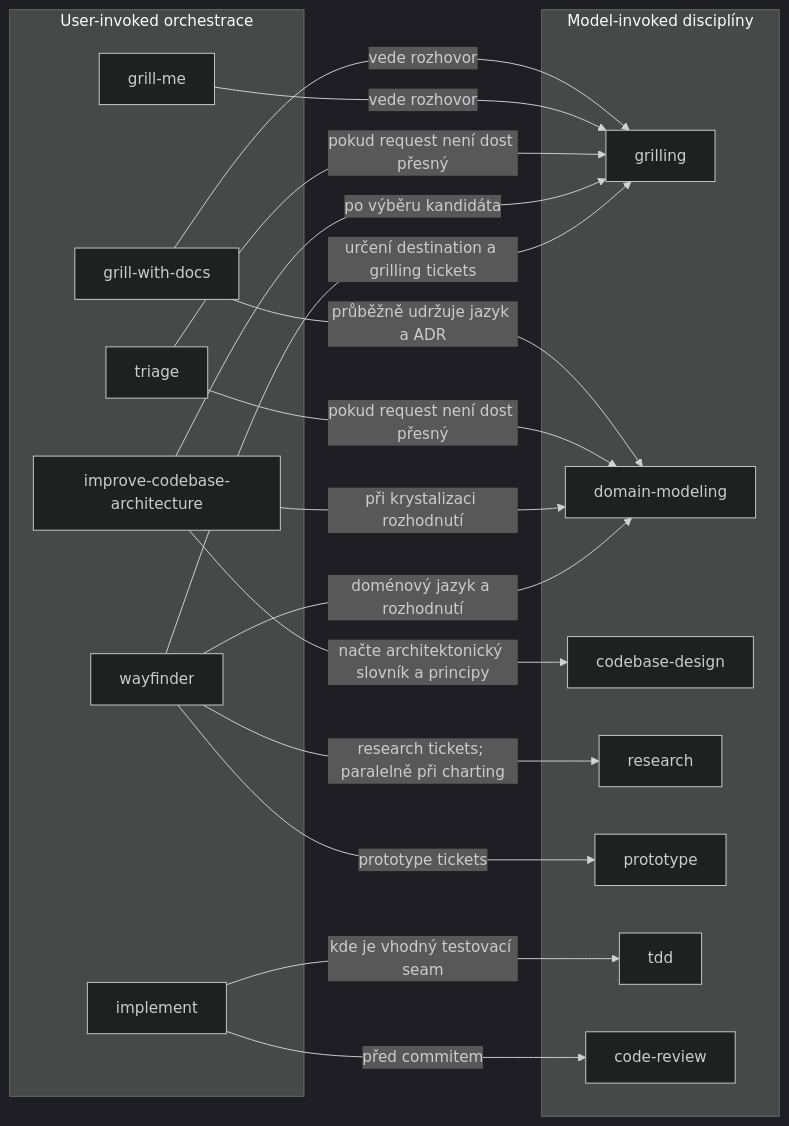
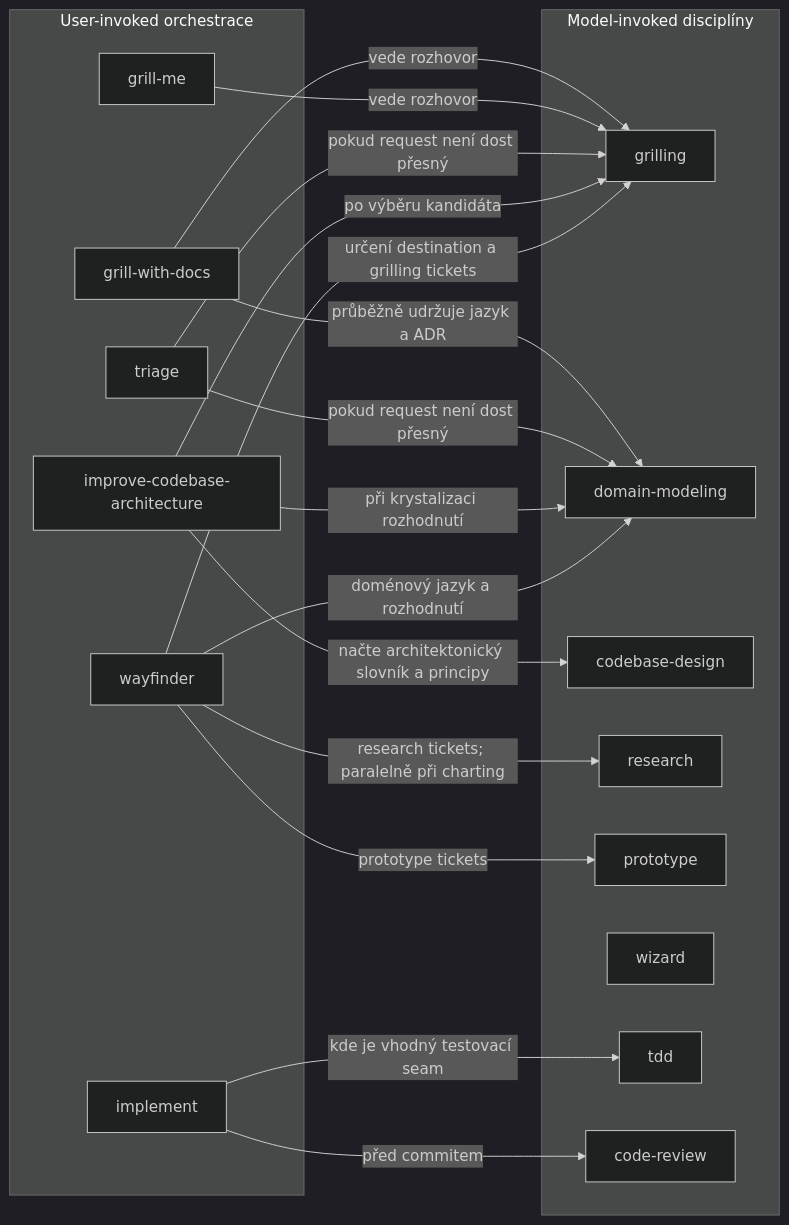
Before and after one commit to MartiXDev/skills: the fourth of 9 diagrams in docs/knowledge/matt-pocock/matt-pocock-skills-kompletni-mapa.md, drawn with Mermaid (dark theme). The commit also changed other lines of this file and 75 other files, not shown here.

````diff
--- a/docs/knowledge/matt-pocock/matt-pocock-skills-kompletni-mapa.md
+++ b/docs/knowledge/matt-pocock/matt-pocock-skills-kompletni-mapa.md
@@ -264,40 +274,41 @@
 ```mermaid
 flowchart LR
     subgraph UserInvoked["User-invoked orchestrace"]
         GWD[grill-with-docs]
         GM[grill-me]
         TRIAGE[triage]
         ARCH[improve-codebase-architecture]
         IMPL[implement]
         WAY[wayfinder]
     end
 
     subgraph ModelInvoked["Model-invoked disciplíny"]
         GRILL[grilling]
         DOMAIN[domain-modeling]
         DESIGN[codebase-design]
         RESEARCH[research]
         PROTO[prototype]
+        WIZARD[wizard]
         TDD[tdd]
         REVIEW[code-review]
     end
 
     GWD -->|vede rozhovor| GRILL
     GWD -->|průběžně udržuje jazyk a ADR| DOMAIN
     GM -->|vede rozhovor| GRILL
 
     TRIAGE -->|pokud request není dost přesný| GRILL
     TRIAGE -->|pokud request není dost přesný| DOMAIN
 
     ARCH -->|načte architektonický slovník a principy| DESIGN
     ARCH -->|po výběru kandidáta| GRILL
     ARCH -->|při krystalizaci rozhodnutí| DOMAIN
 
     IMPL -->|kde je vhodný testovací seam| TDD
     IMPL -->|před commitem| REVIEW
 
     WAY -->|určení destination a grilling tickets| GRILL
     WAY -->|doménový jazyk a rozhodnutí| DOMAIN
     WAY -->|research tickets; paralelně při charting| RESEARCH
     WAY -->|prototype tickets| PROTO
 ```
````
